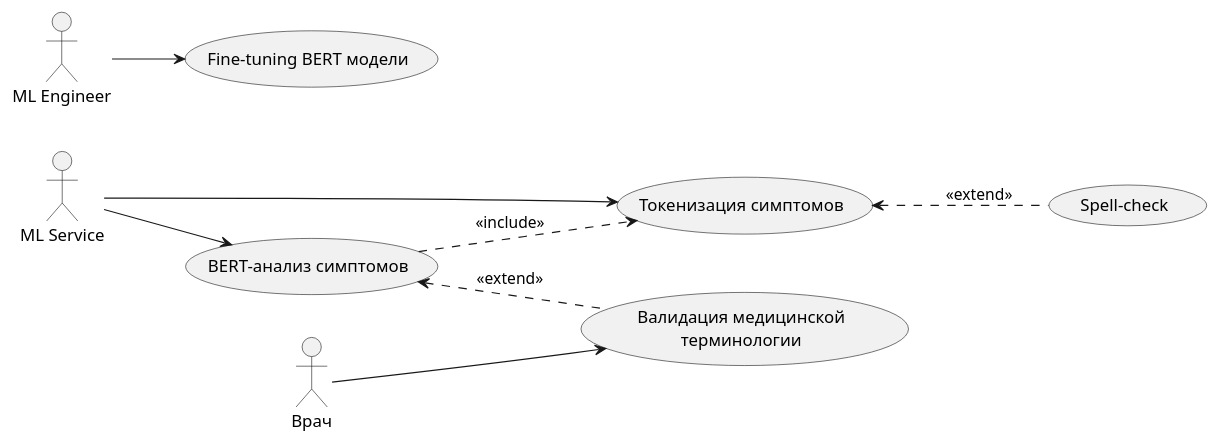
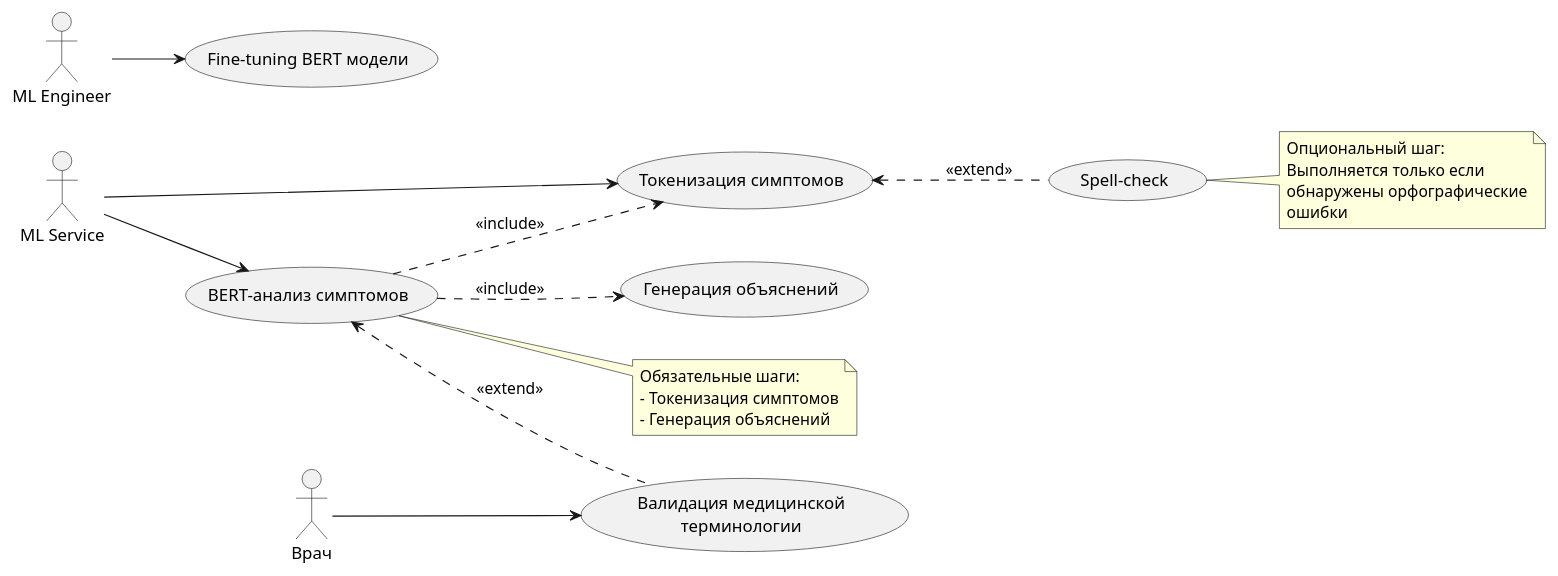
One commit to Edisheri/system-engineering-playbook changed the diagram in diagrams-codes/UML_TEXT_ANALYSIS_1_UseCase.puml. Above: the diagram before and after it, drawn with PlantUML. The commit also changed 10 other files, not shown here.

Commit message:
Add detailed decompositions for IDEF0 (A1, A2), DFD (P1), and update UML diagrams: add activation boxes, synchronous calls, fork/join, and proper include/extend relationships

```diff
--- a/diagrams-codes/UML_TEXT_ANALYSIS_1_UseCase.puml
+++ b/diagrams-codes/UML_TEXT_ANALYSIS_1_UseCase.puml
@@ -1,13 +1,31 @@
 @startuml
 left to right direction
 
-:ML Service: --> (Токенизация симптомов)
-:ML Service: --> (BERT-анализ симптомов)
-:Врач: --> (Валидация медицинской\nтерминологии)
-:ML Engineer: --> (Fine-tuning BERT модели)
+actor "ML Service" as MLService
+actor Врач
+actor "ML Engineer" as MLEngineer
+
+MLService --> (Токенизация симптомов)
+MLService --> (BERT-анализ симптомов)
+Врач --> (Валидация медицинской\nтерминологии)
+MLEngineer --> (Fine-tuning BERT модели)
 
 (BERT-анализ симптомов) ..> (Токенизация симптомов): <<include>>
+(BERT-анализ симптомов) ..> (Генерация объяснений): <<include>>
 (Токенизация симптомов) <.. (Spell-check): <<extend>>
 (BERT-анализ симптомов) <.. (Валидация медицинской\nтерминологии): <<extend>>
 
+note right of (BERT-анализ симптомов)
+  Обязательные шаги:
+  - Токенизация симптомов
+  - Генерация объяснений
+end note
+
+note right of (Spell-check)
+  Опциональный шаг:
+  Выполняется только если
+  обнаружены орфографические
+  ошибки
+end note
+
 @enduml
```
